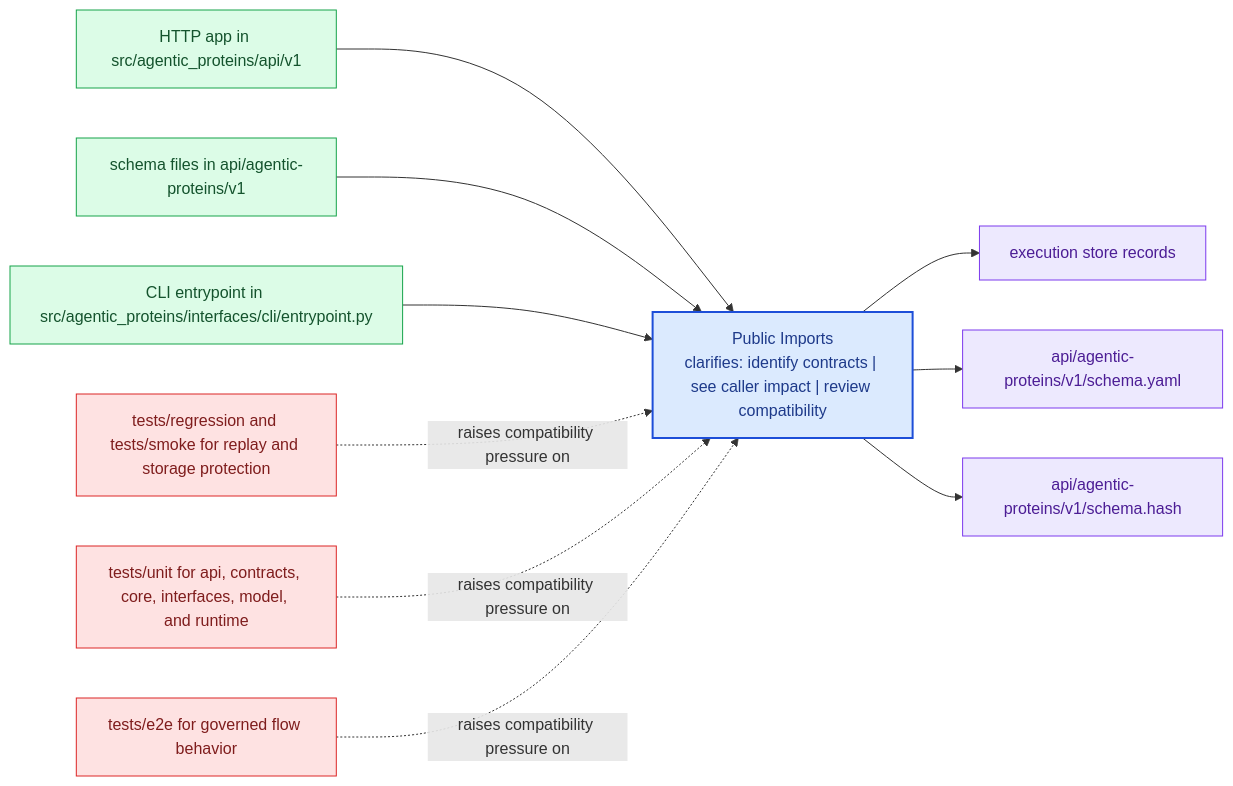
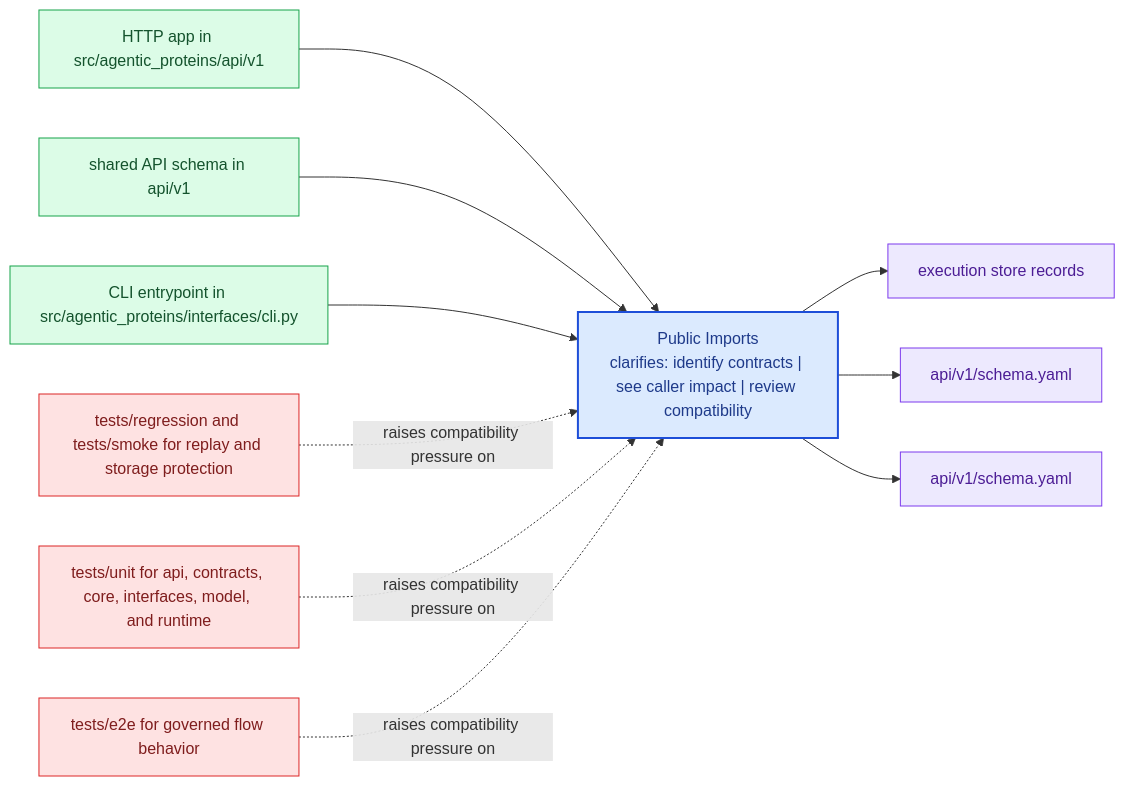
Before and after one commit to bijux/bijux-proteomics: the diagram in docs/agentic-proteins/interfaces/public-imports.md, drawn with Mermaid. The commit also changed other lines of this file and 24 other files, not shown here.

Commit message:
docs(agentic-proteins): deepen runtime handbook and align execution anchors to real modules

````diff
--- a/docs/agentic-proteins/interfaces/public-imports.md
+++ b/docs/agentic-proteins/interfaces/public-imports.md
@@ -23,31 +23,31 @@
 ```mermaid
 flowchart LR
     page["Public Imports<br/>clarifies: identify contracts | see caller impact | review compatibility"]
     classDef page fill:#dbeafe,stroke:#1d4ed8,color:#1e3a8a,stroke-width:2px;
     classDef positive fill:#dcfce7,stroke:#16a34a,color:#14532d;
     classDef caution fill:#fee2e2,stroke:#dc2626,color:#7f1d1d;
     classDef anchor fill:#ede9fe,stroke:#7c3aed,color:#4c1d95;
     classDef action fill:#fef3c7,stroke:#d97706,color:#7c2d12;
     surface1["HTTP app in src/agentic_proteins/api/v1"]
     surface1 --> page
-    surface2["schema files in api/agentic-proteins/v1"]
+    surface2["shared API schema in api/v1"]
     surface2 --> page
-    surface3["CLI entrypoint in src/agentic_proteins/interfaces/cli/entrypoint.py"]
+    surface3["CLI entrypoint in src/agentic_proteins/interfaces/cli.py"]
     surface3 --> page
     proof1["execution store records"]
     page --> proof1
-    proof2["api/agentic-proteins/v1/schema.yaml"]
+    proof2["api/v1/schema.yaml"]
     page --> proof2
-    proof3["api/agentic-proteins/v1/schema.hash"]
+    proof3["api/v1/schema.yaml"]
     page --> proof3
     review1["tests/regression and tests/smoke for replay and storage protection"]
     review1 -.raises compatibility pressure on.-> page
     review2["tests/unit for api, contracts, core, interfaces, model, and runtime"]
     review2 -.raises compatibility pressure on.-> page
     review3["tests/e2e for governed flow behavior"]
     review3 -.raises compatibility pressure on.-> page
     class page page;
     class surface1,surface2,surface3 positive;
     class proof1,proof2,proof3 anchor;
     class review1,review2,review3 caution;
 ```
````
